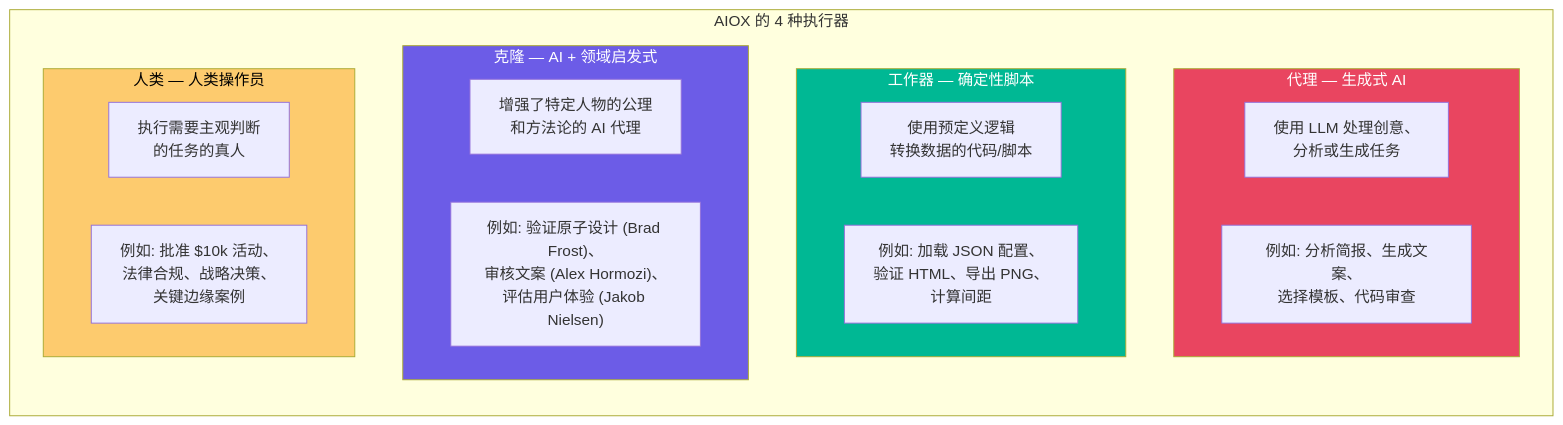
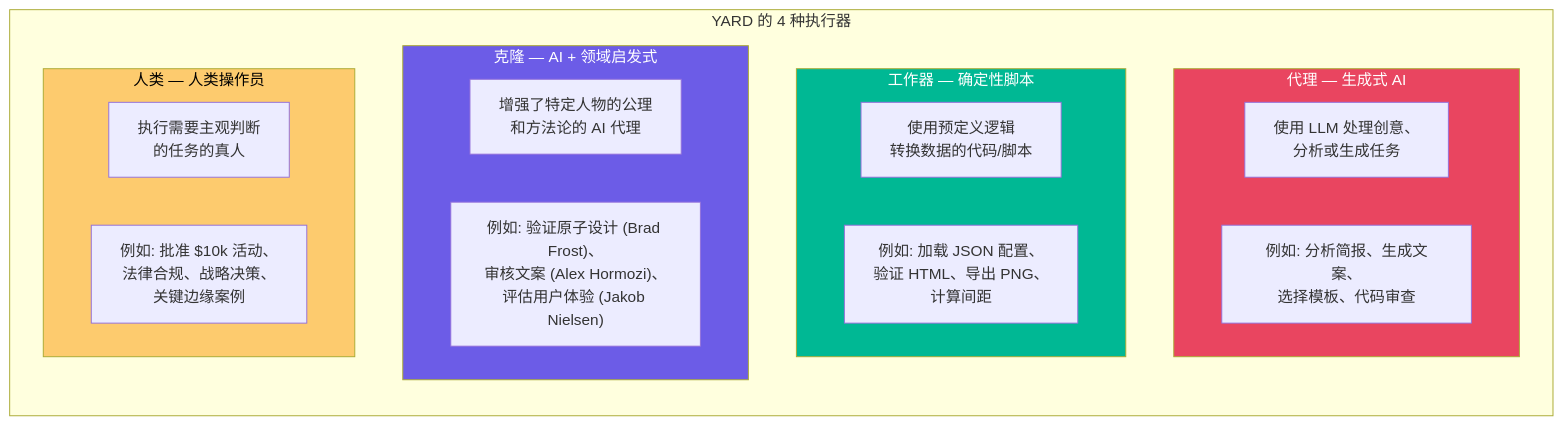
Before and after one commit to ernesto-langa/yard-core: the fourth of 12 diagrams in docs/zh/architecture/AIOX-VISUAL-OVERVIEW.md, drawn with Mermaid. The commit also changed other lines of this file and 529 other files, not shown here.

````diff
--- a/docs/zh/architecture/AIOX-VISUAL-OVERVIEW.md
+++ b/docs/zh/architecture/AIOX-VISUAL-OVERVIEW.md
@@ -184,31 +184,31 @@
 ```mermaid
 flowchart TB
-    subgraph EXECUTORS["AIOX 的 4 种执行器"]
+    subgraph EXECUTORS["YARD 的 4 种执行器"]
         direction TB
 
         subgraph AGENT_BOX["代理 — 生成式 AI"]
             AGENT_DESC["使用 LLM 处理创意、<br/>分析或生成任务"]
             AGENT_EX["例如: 分析简报、生成文案、<br/>选择模板、代码审查"]
         end
 
         subgraph WORKER_BOX["工作器 — 确定性脚本"]
             WORKER_DESC["使用预定义逻辑<br/>转换数据的代码/脚本"]
             WORKER_EX["例如: 加载 JSON 配置、<br/>验证 HTML、导出 PNG、<br/>计算间距"]
         end
 
         subgraph CLONE_BOX["克隆 — AI + 领域启发式"]
             CLONE_DESC["增强了特定人物的公理<br/>和方法论的 AI 代理"]
             CLONE_EX["例如: 验证原子设计 (Brad Frost)、<br/>审核文案 (Alex Hormozi)、<br/>评估用户体验 (Jakob Nielsen)"]
         end
 
         subgraph HUMAN_BOX["人类 — 人类操作员"]
             HUMAN_DESC["执行需要主观判断<br/>的任务的真人"]
             HUMAN_EX["例如: 批准 $10k 活动、<br/>法律合规、战略决策、<br/>关键边缘案例"]
         end
     end
 
     style AGENT_BOX fill:#e94560,color:#fff
     style WORKER_BOX fill:#00b894,color:#fff
     style CLONE_BOX fill:#6c5ce7,color:#fff
     style HUMAN_BOX fill:#fdcb6e,color:#000
 ```
````
